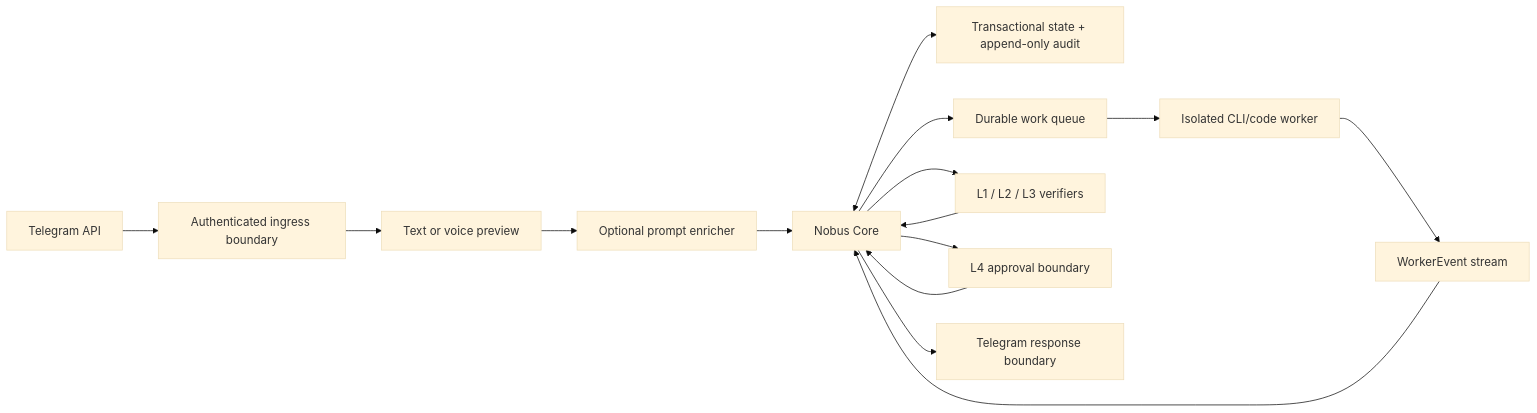
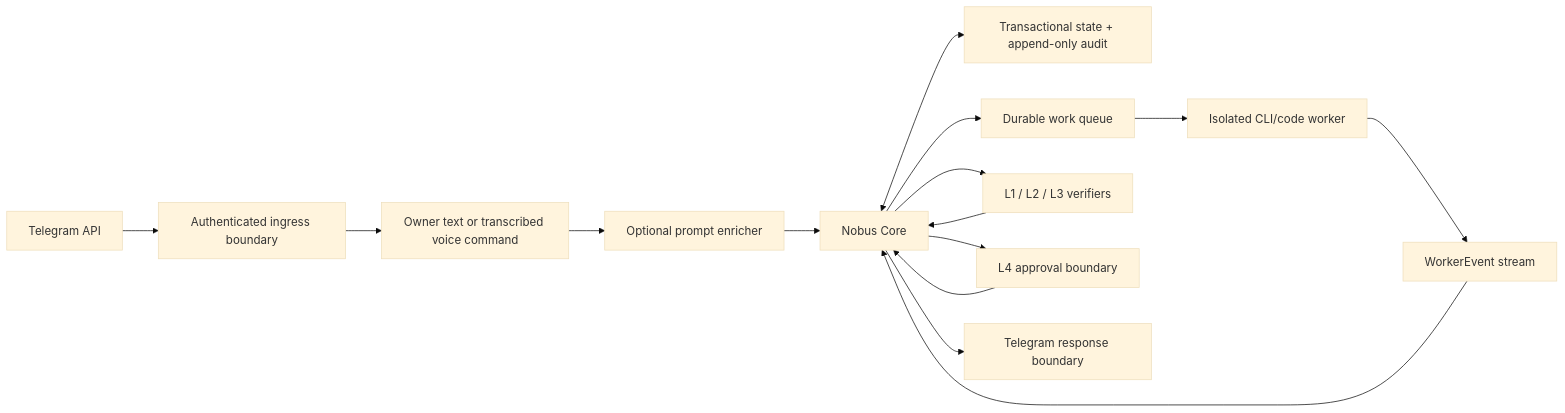
Before and after one commit to streetenergy63reshik-del/nobus-space: the diagram in docs/03-Архитектурный-обзор.md, drawn with Mermaid (base theme). The commit also changed other lines of this file and 8 other files, not shown here.

````diff
--- a/docs/03-Архитектурный-обзор.md
+++ b/docs/03-Архитектурный-обзор.md
@@ -59,17 +59,17 @@
 ```mermaid
 flowchart LR
     TG["Telegram API"] --> IN["Authenticated ingress boundary"]
-    IN --> PRE["Text or voice preview"]
+    IN --> PRE["Owner text or transcribed voice command"]
     PRE --> ENR["Optional prompt enricher"]
     ENR --> CORE["Nobus Core"]
     CORE <--> DB["Transactional state + append-only audit"]
     CORE --> Q["Durable work queue"]
     Q --> W["Isolated CLI/code worker"]
     W --> EV["WorkerEvent stream"]
     EV --> CORE
     CORE --> V["L1 / L2 / L3 verifiers"]
     V --> CORE
     CORE --> AP["L4 approval boundary"]
     AP --> CORE
     CORE --> OUT["Telegram response boundary"]
 ```
````
